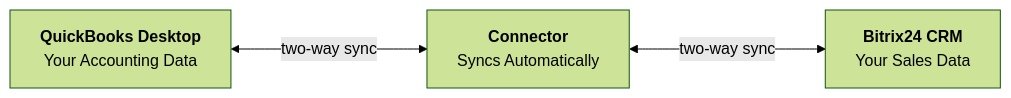
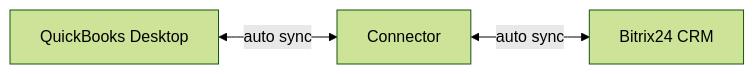
One commit to botpros-admin/qb-bitrix-connector changed the first of 4 diagrams in README.md. Above: the diagram before and after it, drawn with Mermaid (forest theme). The commit also changed other lines of this file, not shown here.

````diff
--- a/README.md
+++ b/README.md
@@ -46,9 +5,4 @@
 ```mermaid
 flowchart LR
-    QB["<b>QuickBooks Desktop</b><br/>Your Accounting Data"]
-    Connector["<b>Connector</b><br/>Syncs Automatically"]
-    Bitrix["<b>Bitrix24 CRM</b><br/>Your Sales Data"]
-
-    QB <--->|"two-way sync"| Connector
-    Connector <--->|"two-way sync"| Bitrix
+    QB["QuickBooks Desktop"] <-->|"auto sync"| C["Connector"] <-->|"auto sync"| B24["Bitrix24 CRM"]
 ```
````
